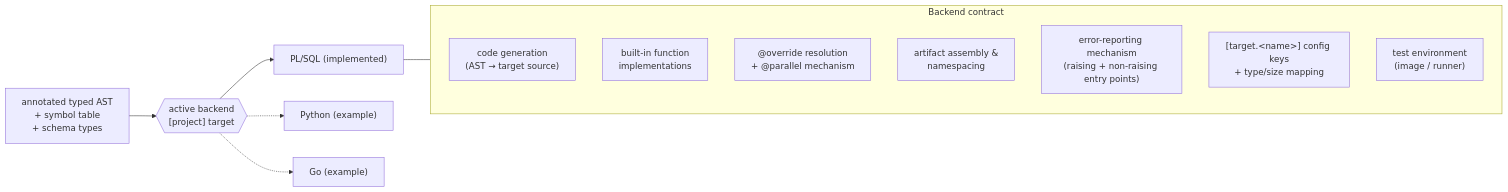
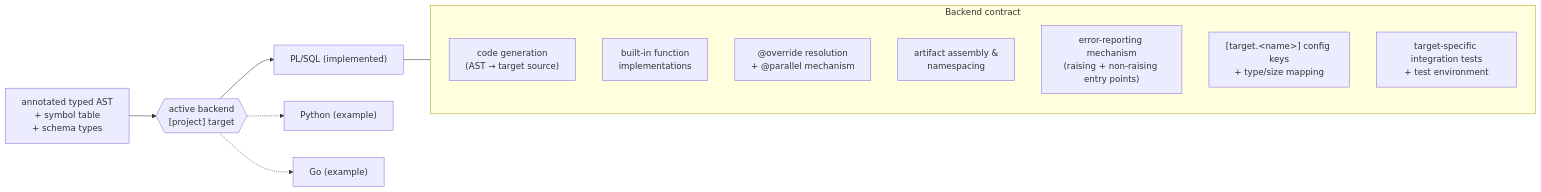
Before and after one commit to elegos/json2json-mapping-engine: the fourth of 7 diagrams in docs/ARCHITECTURE.md, drawn with Mermaid. The commit also changed other lines of this file and 1 other file, not shown here.

Commit message:
docs: integration tests are per target, not a backend-dispatch gap

````diff
--- a/docs/ARCHITECTURE.md
+++ b/docs/ARCHITECTURE.md
@@ -125,20 +124,20 @@
 ```mermaid
 flowchart LR
     IR["annotated typed AST<br/>+ symbol table<br/>+ schema types"] --> B{{"active backend<br/>[project] target"}}
 
     B --> PL["PL/SQL (implemented)"]
     B -.-> PY["Python (example)"]
     B -.-> GO["Go (example)"]
 
     subgraph contract["Backend contract"]
         C1["code generation<br/>(AST → target source)"]
         C2["built-in function<br/>implementations"]
         C3["@override resolution<br/>+ @parallel mechanism"]
         C4["artifact assembly &<br/>namespacing"]
         C5["error-reporting mechanism<br/>(raising + non-raising entry points)"]
         C6["[target.&lt;name&gt;] config keys<br/>+ type/size mapping"]
-        C7["test environment<br/>(image / runner)"]
+        C7["target-specific integration tests<br/>+ test environment"]
     end
 
     PL --- contract
 ```
````
